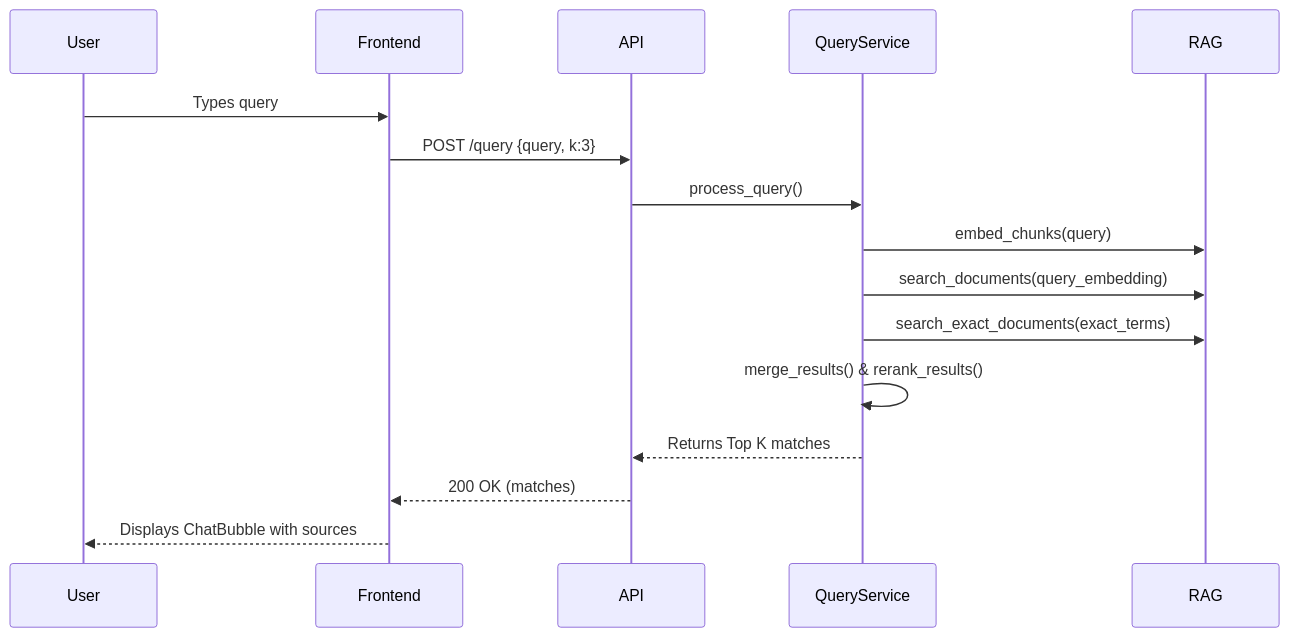
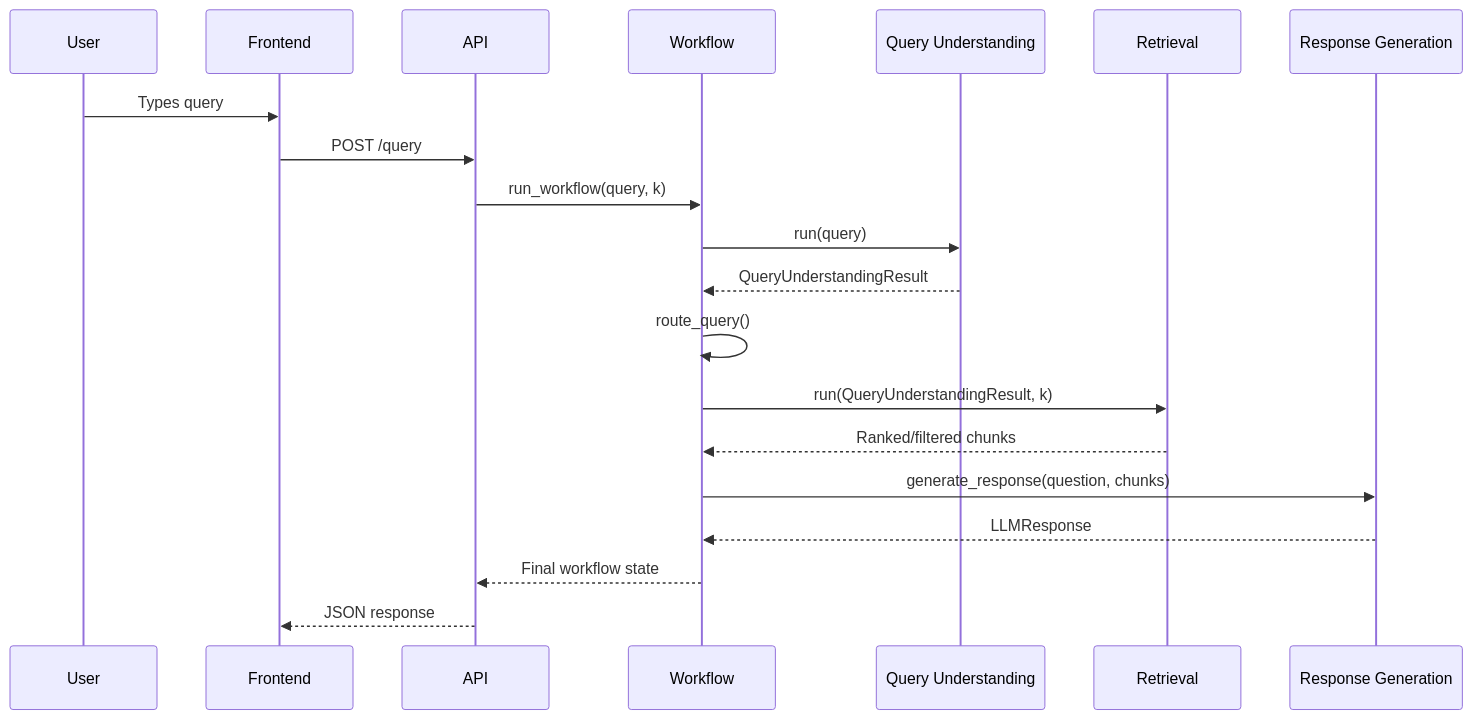
Before and after one commit to poojithamalaparaju-ctrl/Development-of-AI-Based-Knowledge-Retrieval-Platform-with-Query-Resolution-System: the fourth of 7 diagrams in PROJECT_GUIDE.md, drawn with Mermaid. The commit also changed other lines of this file and 26 other files, not shown here.

Commit message:
Add Milestone 2 RAG agents and query processing

````diff
--- a/PROJECT_GUIDE.md
+++ b/PROJECT_GUIDE.md
@@ -334,19 +392,23 @@
 ```mermaid
 sequenceDiagram
     participant User
     participant Frontend
     participant API
-    participant QueryService
-    participant RAG
-    
+    participant Workflow
+    participant QUA as Query Understanding
+    participant RA as Retrieval
+    participant RGA as Response Generation
+
     User->>Frontend: Types query
-    Frontend->>API: POST /query {query, k:3}
-    API->>QueryService: process_query()
-    QueryService->>RAG: embed_chunks(query)
-    QueryService->>RAG: search_documents(query_embedding)
-    QueryService->>RAG: search_exact_documents(exact_terms)
-    QueryService->>QueryService: merge_results() & rerank_results()
-    QueryService-->>API: Returns Top K matches
-    API-->>Frontend: 200 OK (matches)
-    Frontend-->>User: Displays ChatBubble with sources
+    Frontend->>API: POST /query
+    API->>Workflow: run_workflow(query, k)
+    Workflow->>QUA: run(query)
+    QUA-->>Workflow: QueryUnderstandingResult
+    Workflow->>Workflow: route_query()
+    Workflow->>RA: run(QueryUnderstandingResult, k)
+    RA-->>Workflow: Ranked/filtered chunks
+    Workflow->>RGA: generate_response(question, chunks)
+    RGA-->>Workflow: LLMResponse
+    Workflow-->>API: Final workflow state
+    API-->>Frontend: JSON response
 ```
````
